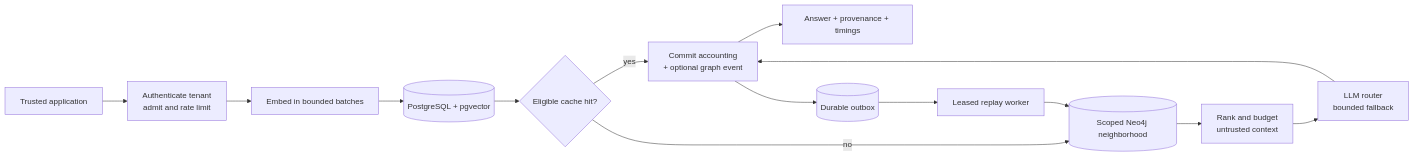
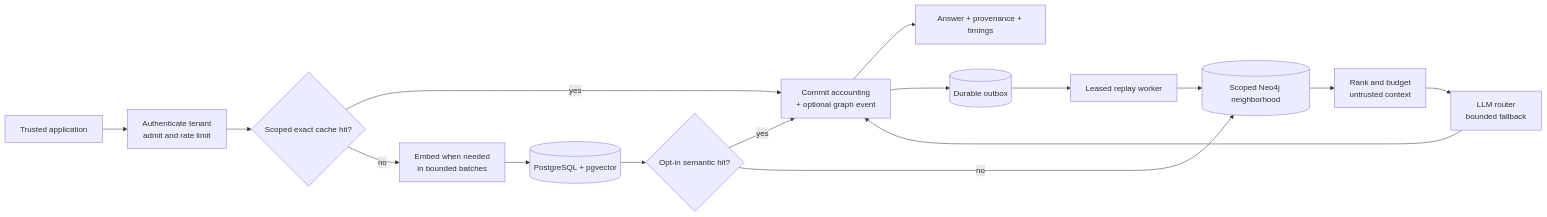
The diagram in README.md (kshubham090/contextual-llm-gateway), drawn with Mermaid before and after one commit. The commit also changed other lines of this file and 14 other files, not shown here.

````diff
--- a/README.md
+++ b/README.md
@@ -36,16 +36,18 @@
 ```mermaid
 flowchart LR
     C[Trusted application] --> A[Authenticate tenant<br/>admit and rate limit]
-    A --> E[Embed in bounded batches]
+    A --> X{Scoped exact cache hit?}
+    X -->|yes| T[Commit accounting<br/>+ optional graph event]
+    X -->|no| E[Embed when needed<br/>in bounded batches]
     E --> P[(PostgreSQL + pgvector)]
-    P --> K{Eligible cache hit?}
-    K -->|yes| T[Commit accounting<br/>+ optional graph event]
+    P --> K{Opt-in semantic hit?}
+    K -->|yes| T
     K -->|no| G[(Scoped Neo4j neighborhood)]
     G --> B[Rank and budget<br/>untrusted context]
     B --> L[LLM router<br/>bounded fallback]
     L --> T
     T --> R[Answer + provenance + timings]
     T --> O[(Durable outbox)]
     O --> W[Leased replay worker]
     W --> G
 ```
````
